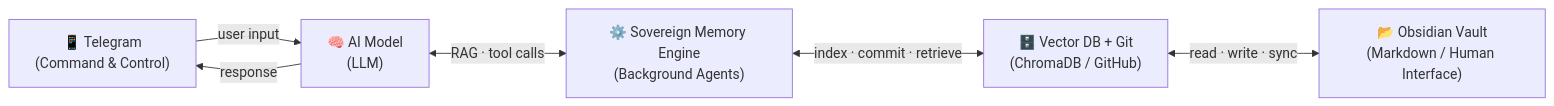
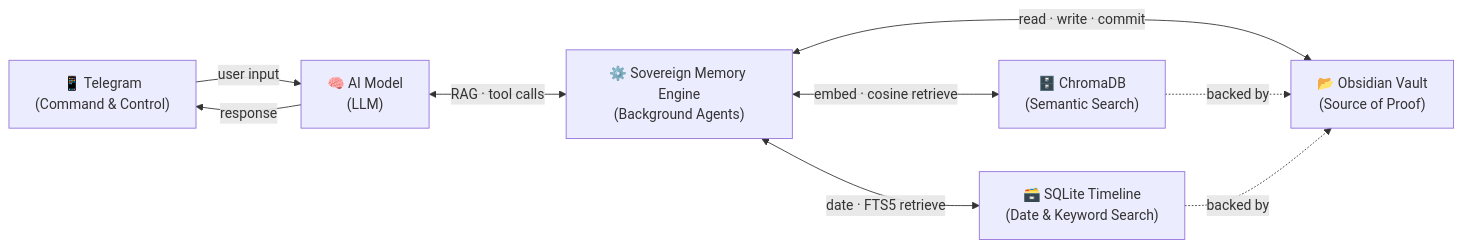
One commit to operator33sh/sovereign-link changed the diagram in README.md. Above: the diagram before and after it, drawn with Mermaid. The commit also changed other lines of this file, not shown here.

First line of the commit message:
Update README: document SQLite timeline, ChromaDB roles, and vault as source of proof

````diff
--- a/README.md
+++ b/README.md
@@ -211,14 +225,18 @@
 ```mermaid
 flowchart LR
     TG["📱 Telegram\n(Command & Control)"]
     LLM["🧠 AI Model\n(LLM)"]
     SME["⚙️ Sovereign Memory Engine\n(Background Agents)"]
-    VDB["🗄️ Vector DB + Git\n(ChromaDB / GitHub)"]
-    OV["📂 Obsidian Vault\n(Markdown / Human Interface)"]
+    VDB["🗄️ ChromaDB\n(Semantic Search)"]
+    TL["🗃️ SQLite Timeline\n(Date & Keyword Search)"]
+    OV["📂 Obsidian Vault\n(Source of Proof)"]
 
     TG -->|user input| LLM
     LLM <-->|RAG · tool calls| SME
-    SME <-->|index · commit · retrieve| VDB
-    VDB <-->|read · write · sync| OV
+    SME <-->|embed · cosine retrieve| VDB
+    SME <-->|date · FTS5 retrieve| TL
+    SME <-->|read · write · commit| OV
+    VDB -.->|backed by| OV
+    TL -.->|backed by| OV
     LLM -->|response| TG
 ```
````
